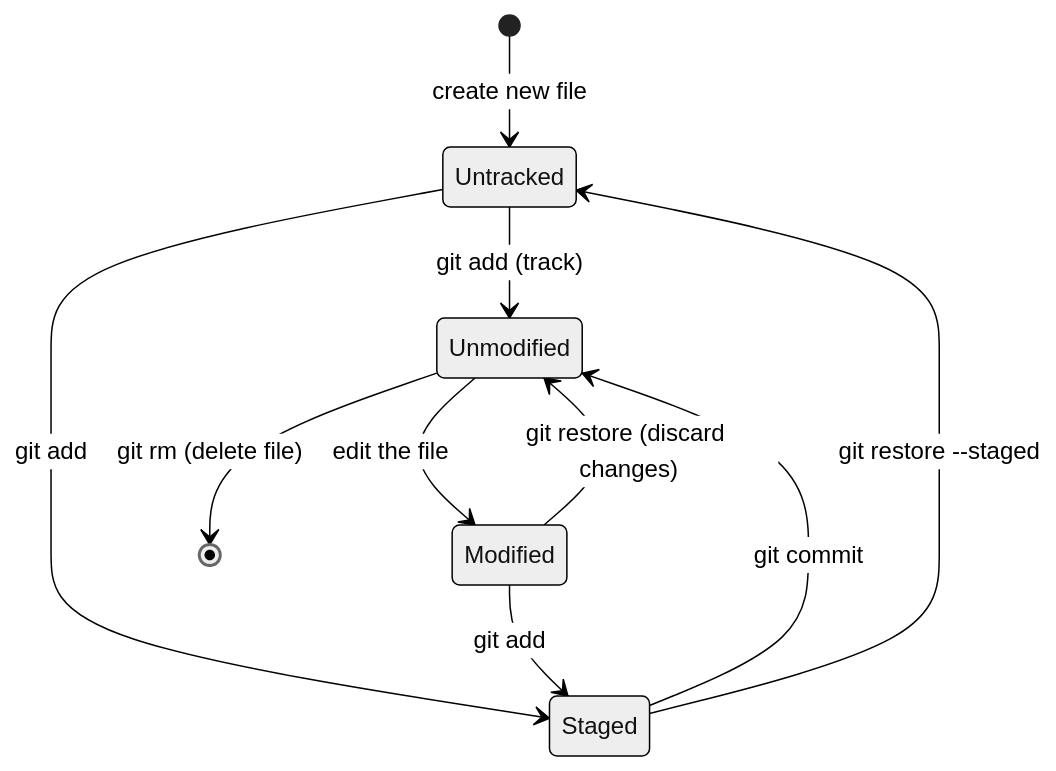
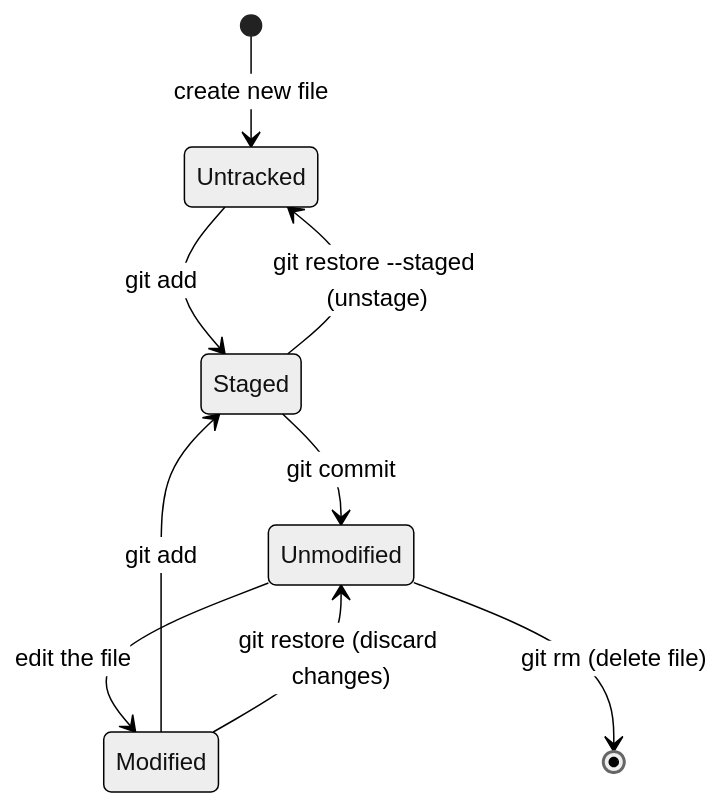
One commit to h23pouladi/git-cheat-sheet changed the first of 4 diagrams in README.md. Above: the diagram before and after it, drawn with Mermaid (neutral theme). The commit also changed other lines of this file, not shown here.

````diff
--- a/README.md
+++ b/README.md
@@ -37,12 +37,11 @@
 ```mermaid
 stateDiagram-v2
-    [*] --> Untracked: create new file
-    Untracked --> Unmodified: git add (track)
-    Untracked --> Staged: git add
-    Unmodified --> Modified: edit the file
-    Modified --> Staged: git add
-    Modified --> Unmodified: git restore (discard changes)
-    Staged --> Unmodified: git commit
-    Unmodified --> [*]: git rm (delete file)
-    Staged --> Untracked: git restore --staged
+[*] --> Untracked: create new file
+Untracked --> Staged: git add
+Unmodified --> Modified: edit the file
+Modified --> Staged: git add
+Modified --> Unmodified: git restore (discard changes)
+Staged --> Unmodified: git commit
+Unmodified --> [*]: git rm (delete file)
+Staged --> Untracked: git restore --staged (unstage)
 ```
````
